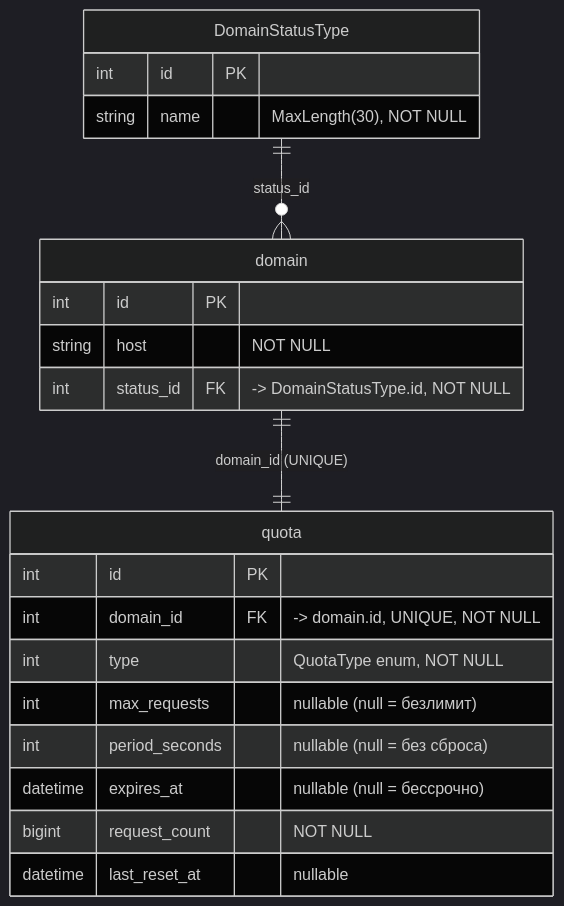
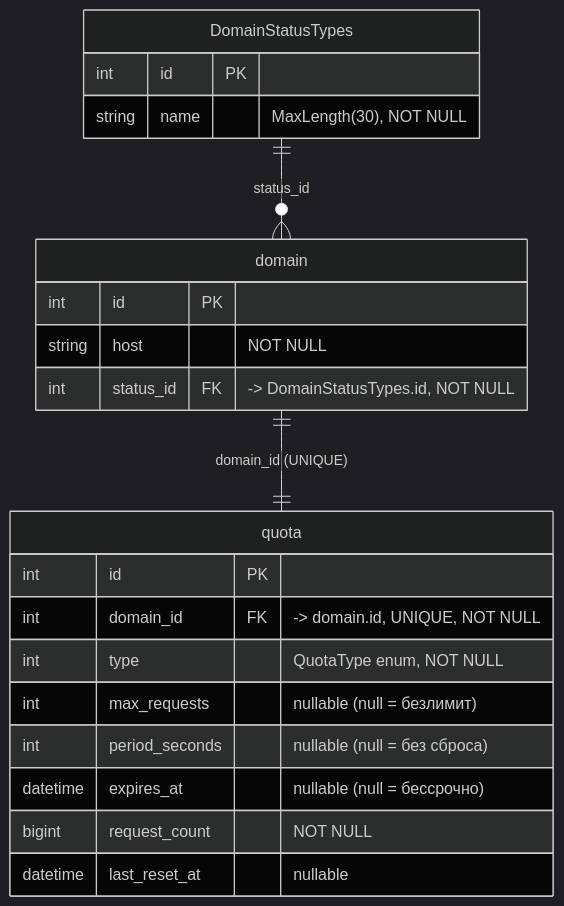
The diagram in docs/er-diagram.md (razzzenya/RequestsMonitoringMiddleware), drawn with Mermaid (dark theme) before and after one commit. The commit also changed other lines of this file, not shown here.

First line of the commit message:
docs: rename DomainStatusType to DomainStatusTypes in ER diagram to match actual EF table name

````diff
--- a/docs/er-diagram.md
+++ b/docs/er-diagram.md
@@ -17,27 +19,27 @@
 ```mermaid
 erDiagram
-    DomainStatusType ||--o{ domain : "status_id"
+    DomainStatusTypes ||--o{ domain : "status_id"
     domain ||--|| quota : "domain_id (UNIQUE)"
 
-    DomainStatusType {
+    DomainStatusTypes {
         int    id    PK
         string name  "MaxLength(30), NOT NULL"
     }
 
     domain {
         int    id         PK
         string host       "NOT NULL"
-        int    status_id  FK "-> DomainStatusType.id, NOT NULL"
+        int    status_id  FK "-> DomainStatusTypes.id, NOT NULL"
     }
 
     quota {
         int      id              PK
         int      domain_id       FK "-> domain.id, UNIQUE, NOT NULL"
         int      type            "QuotaType enum, NOT NULL"
         int      max_requests    "nullable (null = безлимит)"
         int      period_seconds  "nullable (null = без сброса)"
         datetime expires_at      "nullable (null = бессрочно)"
         bigint   request_count   "NOT NULL"
         datetime last_reset_at   "nullable"
     }
 ```
````
